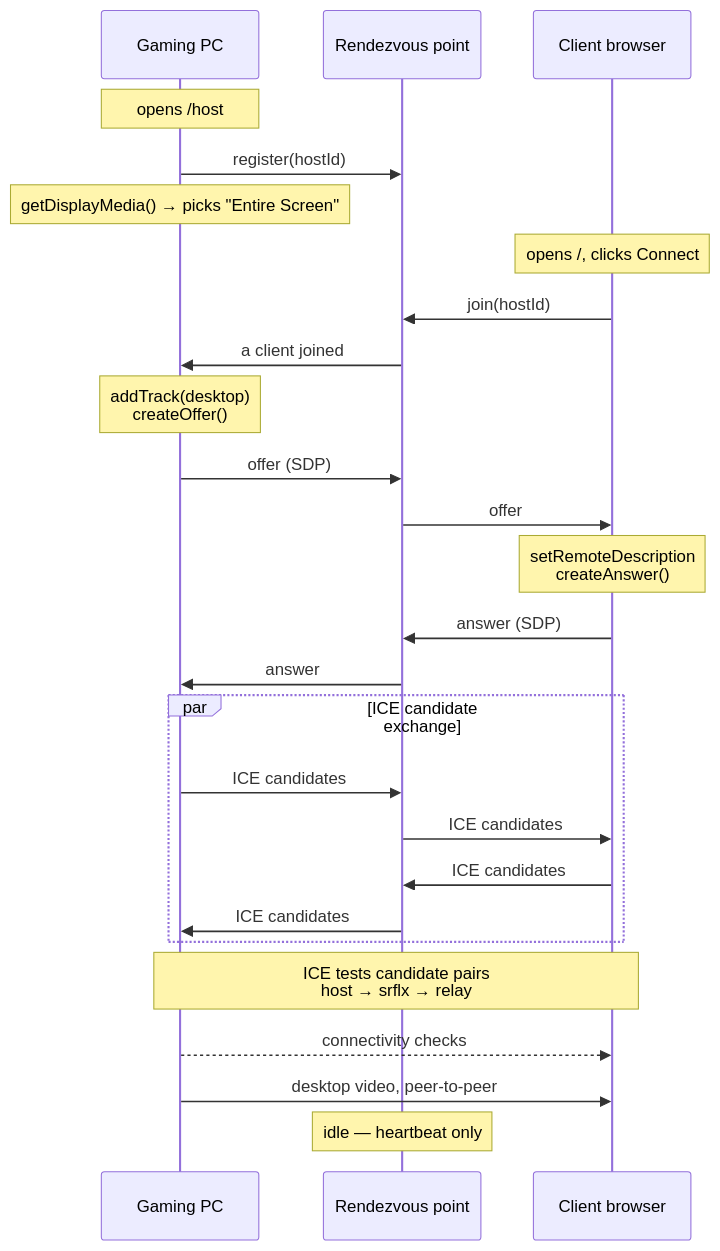
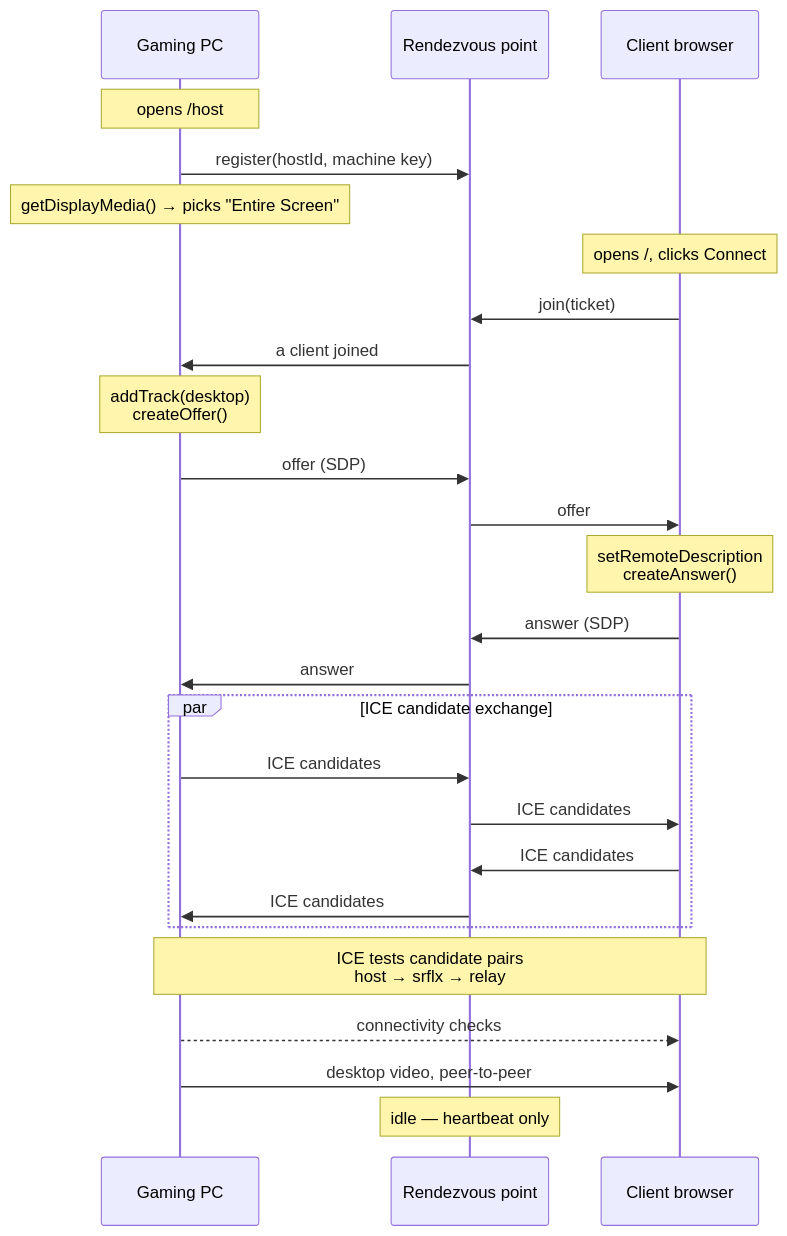
The second of 2 diagrams in docs/webrtc-architecture.md (tomnotthomas/distributed_gaming), drawn with Mermaid before and after one commit. The commit also changed other lines of this file and 31 other files, not shown here.

First line of the commit message:
feat: lock rooms behind a machine key and a join ticket

````diff
--- a/docs/webrtc-architecture.md
+++ b/docs/webrtc-architecture.md
@@ -123,33 +123,33 @@
 ```mermaid
 sequenceDiagram
     participant H as Gaming PC
     participant S as Rendezvous point
     participant C as Client browser
 
     Note over H: opens /host
-    H->>S: register(hostId)
+    H->>S: register(hostId, machine key)
     Note over H: getDisplayMedia() → picks "Entire Screen"
 
     Note over C: opens /, clicks Connect
-    C->>S: join(hostId)
+    C->>S: join(ticket)
     S->>H: a client joined
 
     Note over H: addTrack(desktop)<br/>createOffer()
     H->>S: offer (SDP)
     S->>C: offer
     Note over C: setRemoteDescription<br/>createAnswer()
     C->>S: answer (SDP)
     S->>H: answer
 
     par ICE candidate exchange
         H->>S: ICE candidates
         S->>C: ICE candidates
         C->>S: ICE candidates
         S->>H: ICE candidates
     end
 
     Note over H,C: ICE tests candidate pairs<br/>host → srflx → relay
     H-->>C: connectivity checks
     H->>C: desktop video, peer-to-peer
     Note over S: idle — heartbeat only
 ```
````
